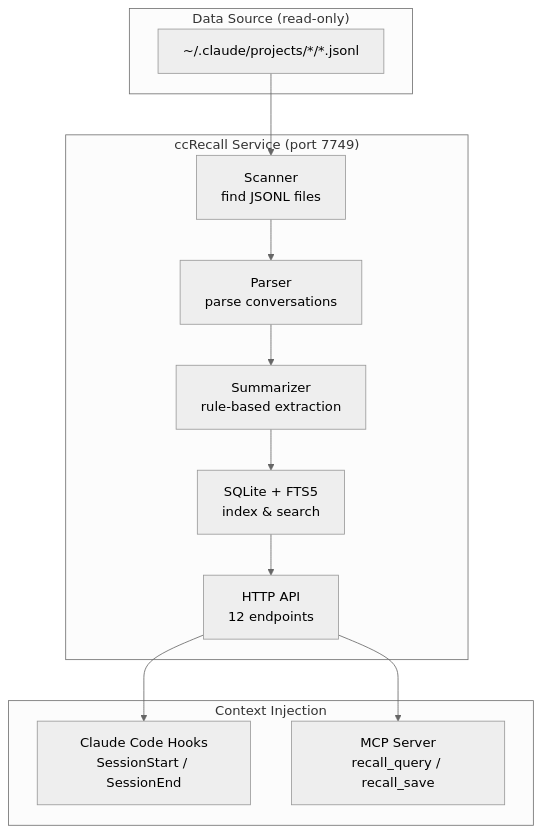
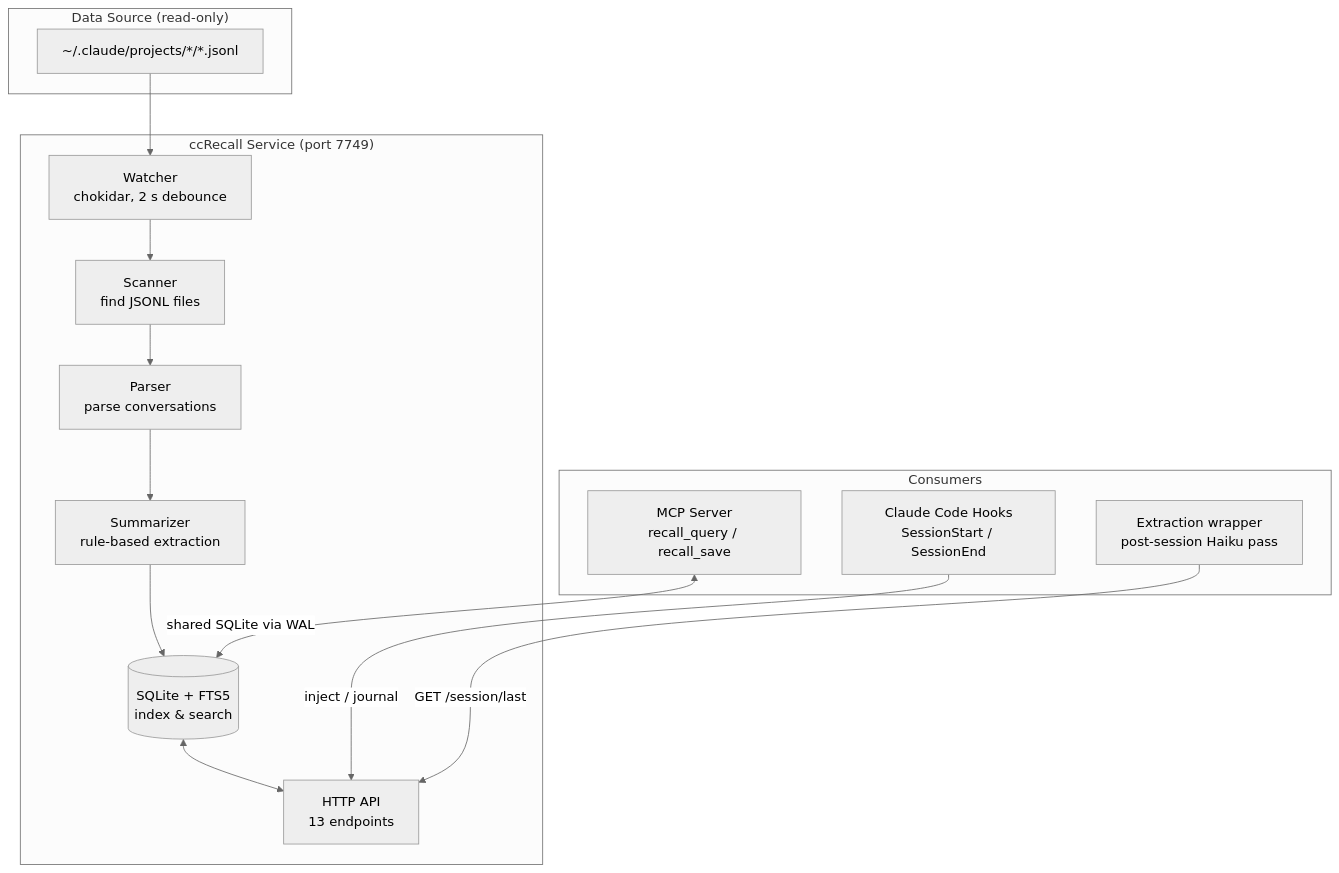
The first of 2 diagrams in README.md (tznthou/ccRecall), drawn with Mermaid (neutral theme) before and after one commit. The commit also changed other lines of this file and 4 other files, not shown here.

First line of the commit message:
fix: no-session-id extraction skips — zsh echo JSON mangling + subagent shadow guard (#63)

````diff
--- a/README.md
+++ b/README.md
@@ -57,24 +57,27 @@
 ```mermaid
 flowchart TB
     subgraph Input["Data Source (read-only)"]
         JSONL["~/.claude/projects/*/*.jsonl"]
     end
 
     subgraph Core["ccRecall Service (port 7749)"]
+        Watcher["Watcher<br/>chokidar, 2 s debounce"]
         Scanner["Scanner<br/>find JSONL files"]
         Parser["Parser<br/>parse conversations"]
         Summarizer["Summarizer<br/>rule-based extraction"]
-        DB["SQLite + FTS5<br/>index & search"]
-        API["HTTP API<br/>12 endpoints"]
+        DB[("SQLite + FTS5<br/>index & search")]
+        API["HTTP API<br/>13 endpoints"]
     end
 
-    subgraph Consumers["Context Injection"]
+    subgraph Consumers["Consumers"]
         Hook["Claude Code Hooks<br/>SessionStart / SessionEnd"]
+        Wrapper["Extraction wrapper<br/>post-session Haiku pass"]
         MCP["MCP Server<br/>recall_query / recall_save"]
     end
 
-    JSONL --> Scanner --> Parser --> Summarizer --> DB
-    DB --> API
-    API --> Hook
-    API --> MCP
+    JSONL --> Watcher --> Scanner --> Parser --> Summarizer --> DB
+    DB <--> API
+    Hook -->|"inject / journal"| API
+    Wrapper -->|"GET /session/last"| API
+    MCP <-->|"shared SQLite via WAL"| DB
 ```
````
